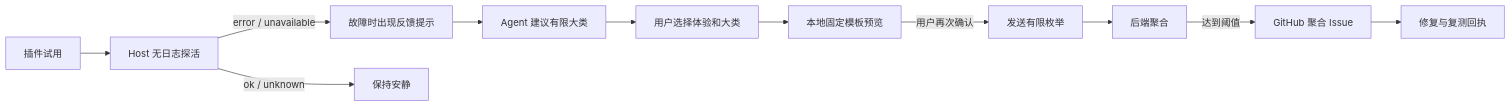
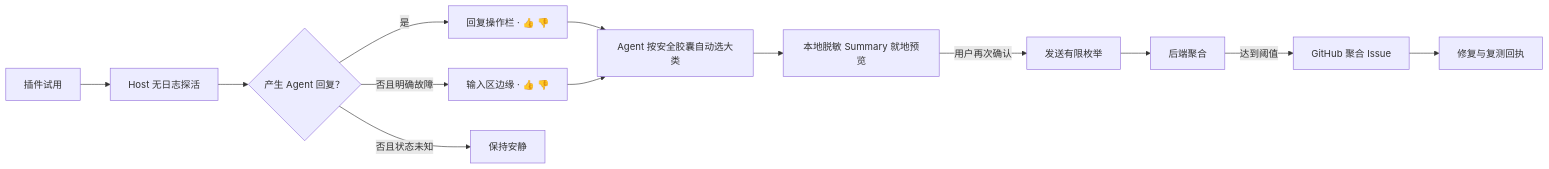
Before and after one commit to omdsh-dev/omdsh-plugin-lab: the diagram in README.md, drawn with Mermaid. The commit also changed other lines of this file and 47 other files, not shown here.

````diff
--- a/README.md
+++ b/README.md
@@ -18,13 +20,15 @@
 ```mermaid
 flowchart LR
   A["插件试用"] --> B["Host 无日志探活"]
-  B -->|"error / unavailable"| C["故障时出现反馈提示"]
-  B -->|"ok / unknown"| J["保持安静"]
-  C --> K["Agent 建议有限大类"]
-  K --> D["用户选择体验和大类"]
-  D --> E["本地固定模板预览"]
-  E -->|"用户再次确认"| F["发送有限枚举"]
+  B --> C{"产生 Agent 回复？"}
+  C -->|"是"| D["回复操作栏 · 👍 👎"]
+  C -->|"否且明确故障"| E["输入区边缘 · 👍 👎"]
+  C -->|"否且状态未知"| J["保持安静"]
+  D --> K["Agent 按安全胶囊自动选大类"]
+  E --> K
+  K --> L["本地脱敏 Summary 就地预览"]
+  L -->|"用户再次确认"| F["发送有限枚举"]
   F --> G["后端聚合"]
   G -->|"达到阈值"| H["GitHub 聚合 Issue"]
   H --> I["修复与复测回执"]
 ```
````
